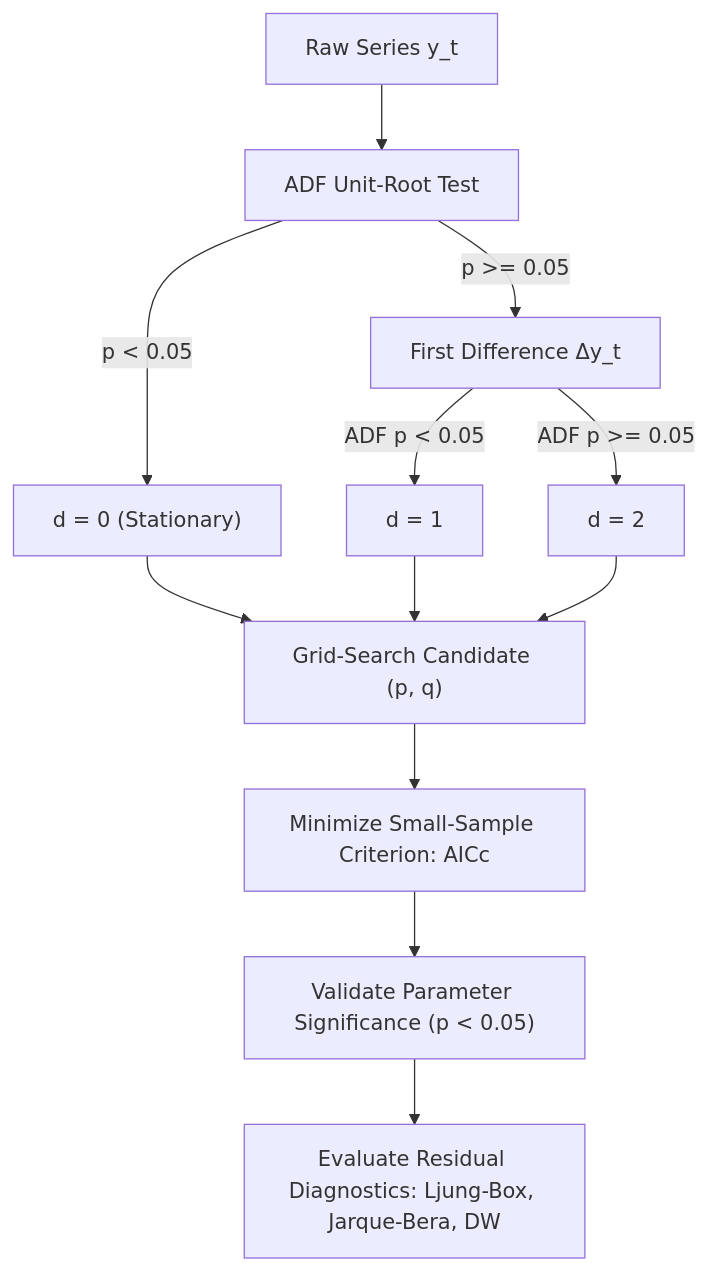
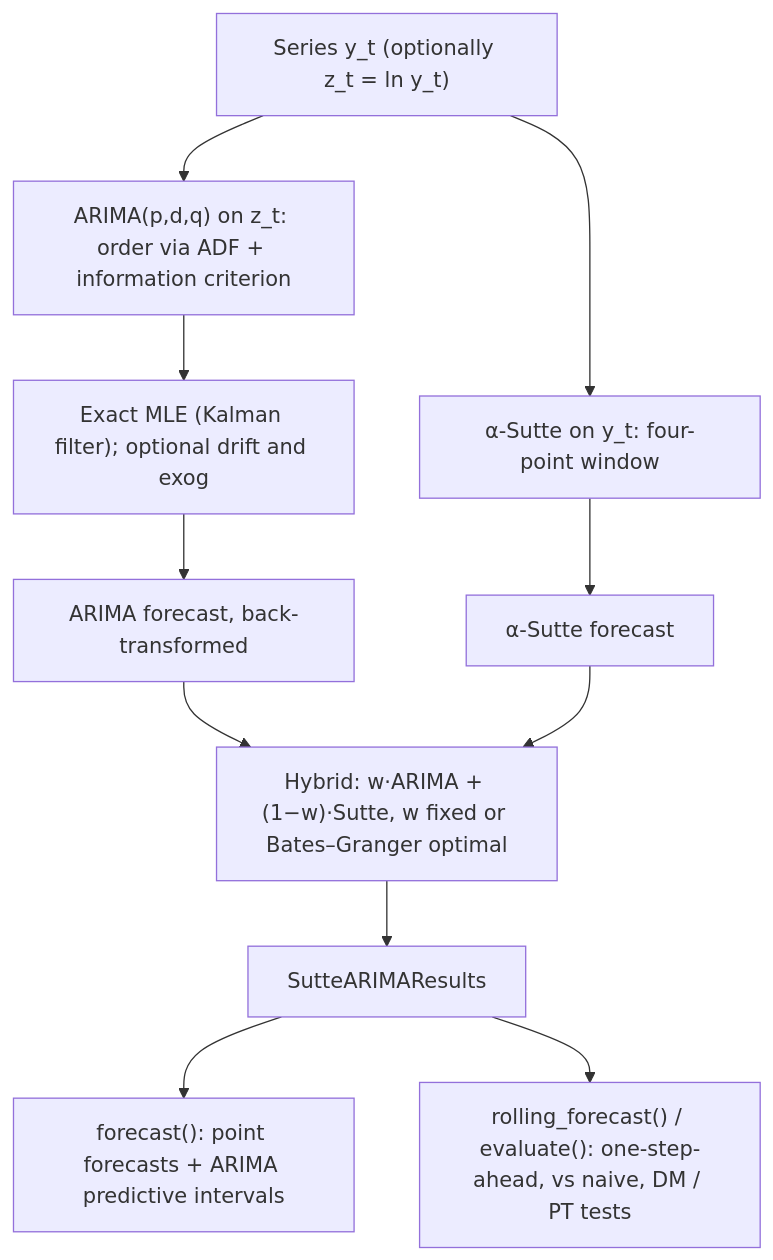
Before and after one commit to BahmanOrujov/sutte-ARIMA: the diagram in README.md, drawn with Mermaid. The commit also changed other lines of this file and 6 other files, not shown here.

````diff
--- a/README.md
+++ b/README.md
@@ -145,12 +46,12 @@
 ```mermaid
 flowchart TD
-    A["Raw Series y_t"] --> B["ADF Unit-Root Test"]
-    B -->|"p < 0.05"| C["d = 0 (Stationary)"]
-    B -->|"p >= 0.05"| D["First Difference Δy_t"]
-    D -->|"ADF p < 0.05"| E["d = 1"]
-    D -->|"ADF p >= 0.05"| F["d = 2"]
-    C & E & F --> G["Grid-Search Candidate (p, q)"]
-    G --> H["Minimize Small-Sample Criterion: AICc"]
-    H --> I["Validate Parameter Significance (p < 0.05)"]
-    I --> J["Evaluate Residual Diagnostics: Ljung-Box, Jarque-Bera, DW"]
+    Raw["Series y_t (optionally z_t = ln y_t)"] --> BJ["ARIMA(p,d,q) on z_t: order via ADF + information criterion"]
+    Raw --> AS["α-Sutte on y_t: four-point window"]
+    BJ --> MLE["Exact MLE (Kalman filter); optional drift and exog"]
+    MLE --> A["ARIMA forecast, back-transformed"]
+    AS --> S["α-Sutte forecast"]
+    A & S --> H["Hybrid: w·ARIMA + (1−w)·Sutte, w fixed or Bates–Granger optimal"]
+    H --> R["SutteARIMAResults"]
+    R --> F["forecast(): point forecasts + ARIMA predictive intervals"]
+    R --> E["rolling_forecast() / evaluate(): one-step-ahead, vs naive, DM / PT tests"]
 ```
````
